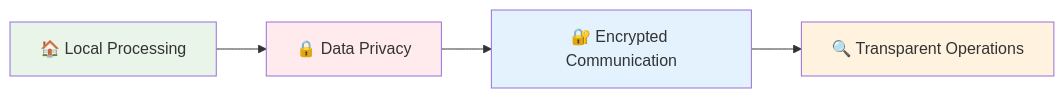
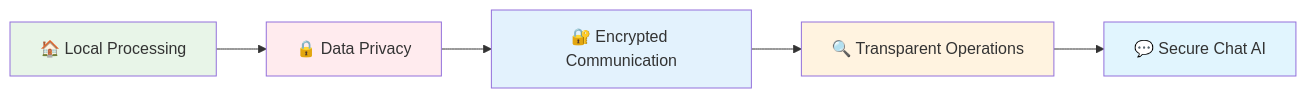
Before and after one commit to Logulokesh/KinAI-Ecosystem: the seventh of 7 diagrams in README.md, drawn with Mermaid. The commit also changed other lines of this file, not shown here.

````diff
--- a/README.md
+++ b/README.md
@@ -580,11 +744,13 @@
 ```mermaid
 graph LR
     A[🏠 Local Processing] --> B[🔒 Data Privacy]
     B --> C[🔐 Encrypted Communication]
     C --> D[🔍 Transparent Operations]
+    D --> E[💬 Secure Chat AI]
     
     style A fill:#e8f5e8
     style B fill:#ffebee
     style C fill:#e3f2fd
     style D fill:#fff3e0
+    style E fill:#e1f5fe
 ```
````
